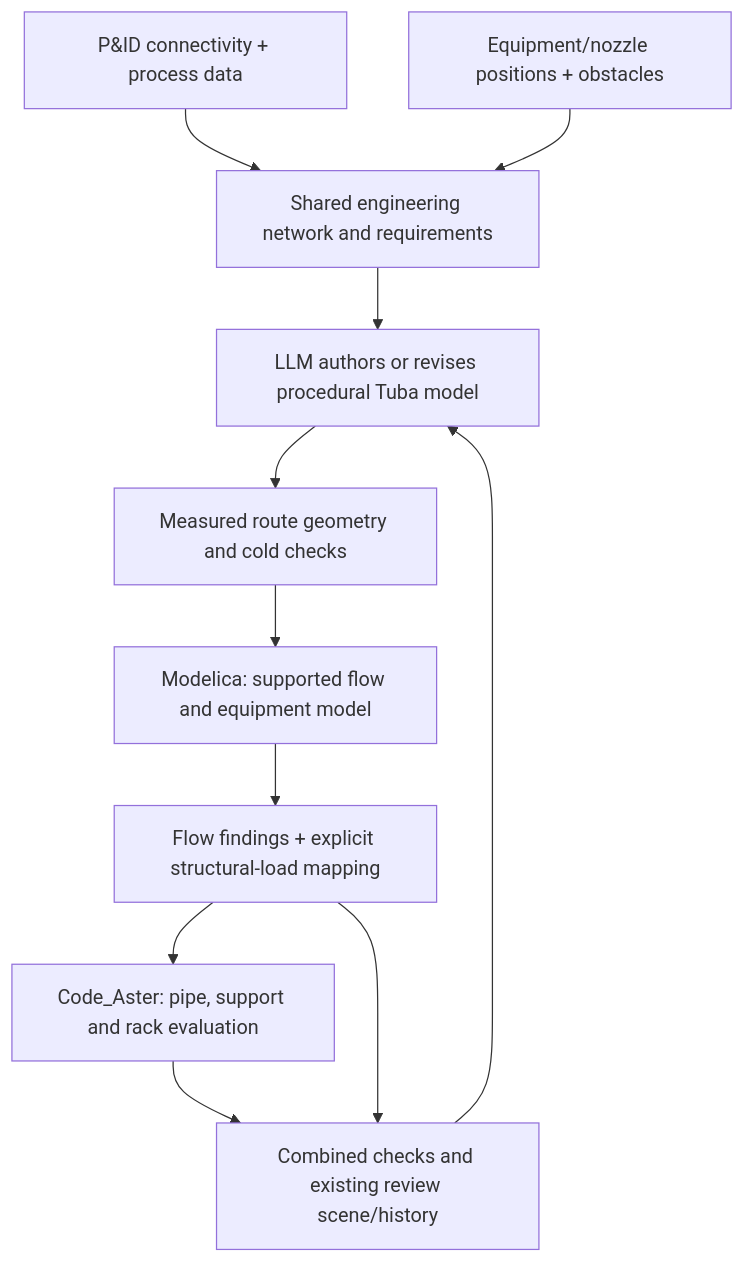
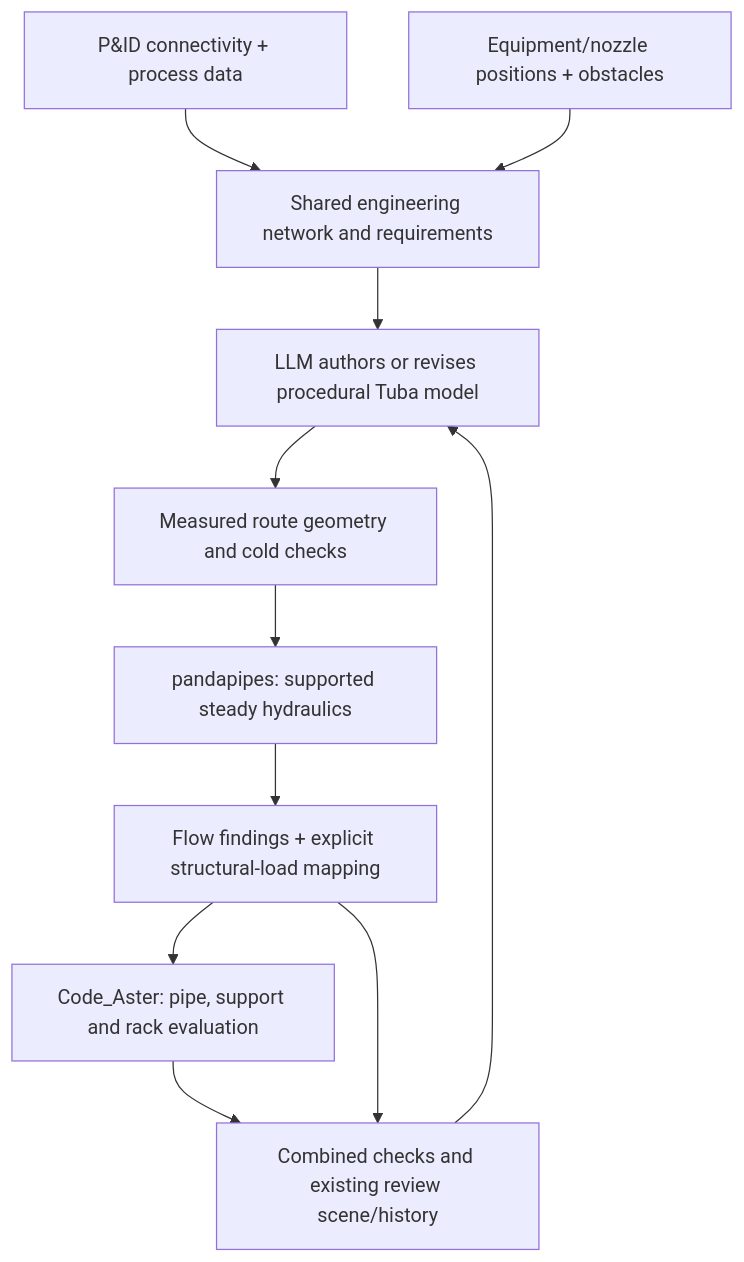
The second of 2 diagrams in docs/architecture/process-network-modelica-and-code-aster-roadmap.md (jgwagenfeld/Tuba_v4), drawn with Mermaid before and after one commit. The commit also changed other lines of this file and 28 other files, not shown here.

Commit message:
Use pandapipes for qualified steady process coupling

````diff
--- a/docs/architecture/process-network-modelica-and-code-aster-roadmap.md
+++ b/docs/architecture/process-network-modelica-and-code-aster-roadmap.md
@@ -65,13 +68,13 @@
 ```mermaid
 flowchart TD
     P["P&ID connectivity + process data"] --> N["Shared engineering network and requirements"]
     G["Equipment/nozzle positions + obstacles"] --> N
     N --> A["LLM authors or revises procedural Tuba model"]
     A --> R["Measured route geometry and cold checks"]
-    R --> H["Modelica: supported flow and equipment model"]
+    R --> H["pandapipes: supported steady hydraulics"]
     H --> F["Flow findings + explicit structural-load mapping"]
     F --> S["Code_Aster: pipe, support and rack evaluation"]
     S --> C["Combined checks and existing review scene/history"]
     F --> C
     C --> A
 ```
````
